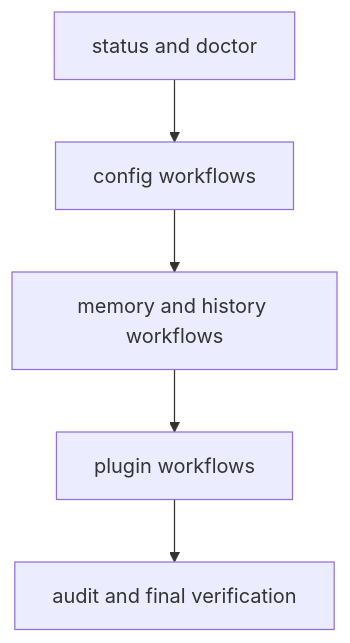
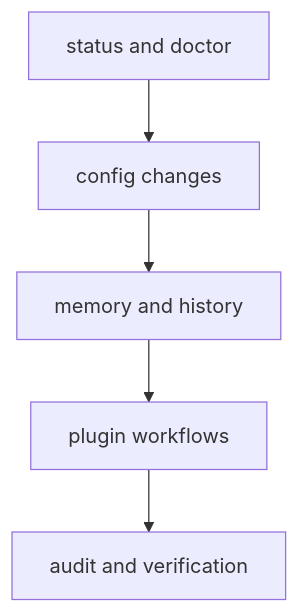
One commit to bijux/bijux-cli changed the diagram in docs/bijux-cli/operations/common-workflows.md. Above: the diagram before and after it, drawn with Mermaid. The commit also changed other lines of this file, not shown here.

Commit message:
docs(cli-operations): clarify common workflows

````diff
--- a/docs/bijux-cli/operations/common-workflows.md
+++ b/docs/bijux-cli/operations/common-workflows.md
@@ -17,7 +19,7 @@
 ```mermaid
 flowchart TB
-    status["status and doctor"] --> config["config workflows"]
-    config --> memory["memory and history workflows"]
+    status["status and doctor"] --> config["config changes"]
+    config --> memory["memory and history"]
     memory --> plugins["plugin workflows"]
-    plugins --> verify["audit and final verification"]
+    plugins --> verify["audit and verification"]
 ```
````
